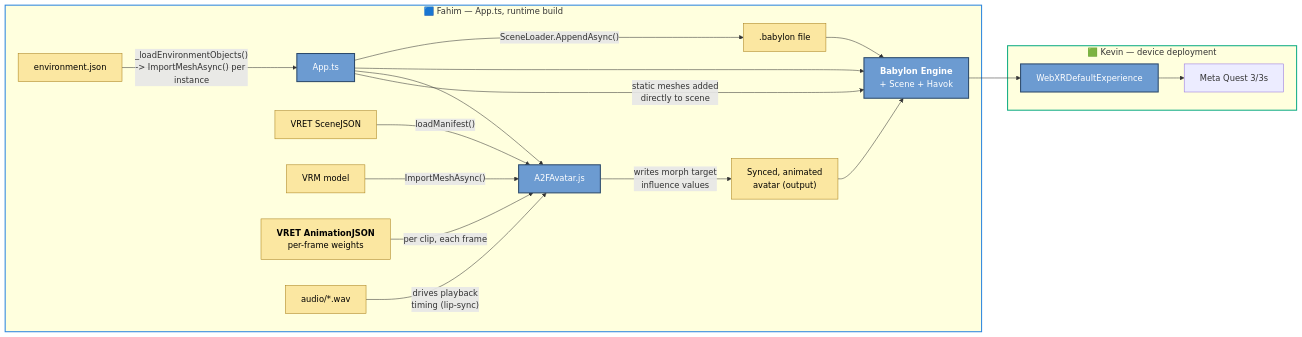
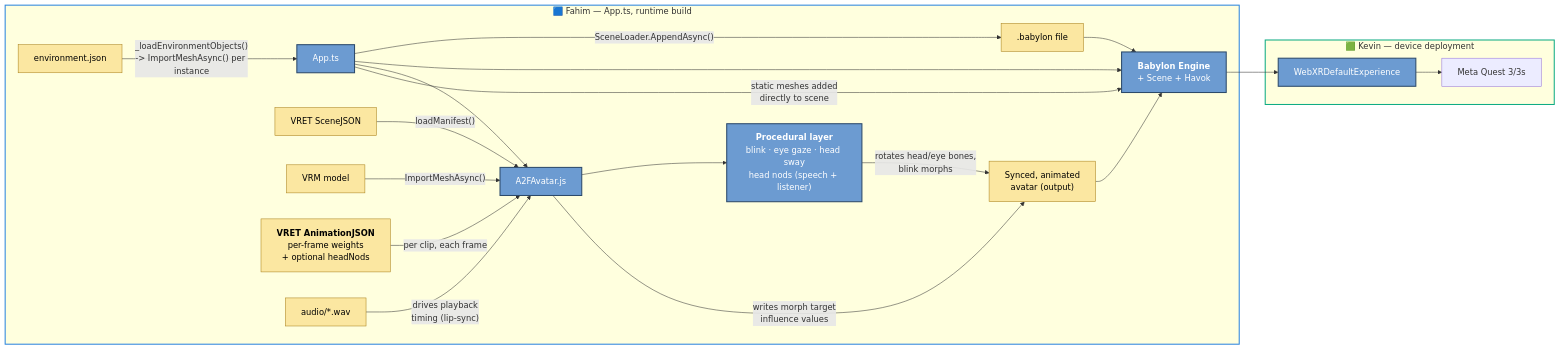
The seventh of 8 diagrams in docs/TECH_PIPELINE.md (SBU-VRET/VRET-Project), drawn with Mermaid before and after one commit. The commit also changed other lines of this file and 7 other files, not shown here.

````diff
--- a/docs/TECH_PIPELINE.md
+++ b/docs/TECH_PIPELINE.md
@@ -230,28 +239,30 @@
 ```mermaid
 flowchart LR
     subgraph F6["🟦 Fahim — App.ts, runtime build"]
     AppTS["App.ts"] -->|"SceneLoader.AppendAsync()"| BabylonScene[".babylon file"]
     AppTS --> Engine["<b>Babylon Engine</b><br/>+ Scene + Havok"]
     BabylonScene --> Engine
     AppTS --> A2FAvatar["A2FAvatar.js"]
     SceneJSON["VRET SceneJSON"] -->|"loadManifest()"| A2FAvatar
     VRM["VRM model"] -->|"ImportMeshAsync()"| A2FAvatar
-    RuntimeJSON["<b>VRET AnimationJSON</b><br/>per-frame weights"] -->|"per clip, each frame"| A2FAvatar
+    RuntimeJSON["<b>VRET AnimationJSON</b><br/>per-frame weights<br/>+ optional headNods"] -->|"per clip, each frame"| A2FAvatar
     WAV["audio/*.wav"] -->|"drives playback<br/>timing (lip-sync)"| A2FAvatar
+    A2FAvatar --> Procedural["<b>Procedural layer</b><br/>blink · eye gaze · head sway<br/>head nods (speech + listener)"]
     A2FAvatar -->|"writes morph target<br/>influence values"| LiveAvatar["Synced, animated<br/>avatar (output)"]
+    Procedural -->|"rotates head/eye bones,<br/>blink morphs"| LiveAvatar
     LiveAvatar --> Engine
     EnvJSON6["environment.json"] -->|"_loadEnvironmentObjects()<br/>-> ImportMeshAsync() per instance"| AppTS
     AppTS -->|"static meshes added<br/>directly to scene"| Engine
     end
     subgraph K6["🟩 Kevin — device deployment"]
     Engine --> WebXR["WebXRDefaultExperience"]
     WebXR --> Quest["Meta Quest 3/3s"]
     end
 
     style F6 stroke:#2E86DE,stroke-width:2px
     style K6 stroke:#10AC84,stroke-width:2px
     classDef tool fill:#6c9bd1,stroke:#2c4a6b,stroke-width:2px,color:#fff;
     classDef artifact fill:#fbe7a1,stroke:#a87f1a,stroke-width:1px,color:#000;
-    class AppTS,Engine,A2FAvatar,WebXR tool
+    class AppTS,Engine,A2FAvatar,Procedural,WebXR tool
     class BabylonScene,SceneJSON,VRM,RuntimeJSON,WAV,LiveAvatar,EnvJSON6 artifact
 ```
````
